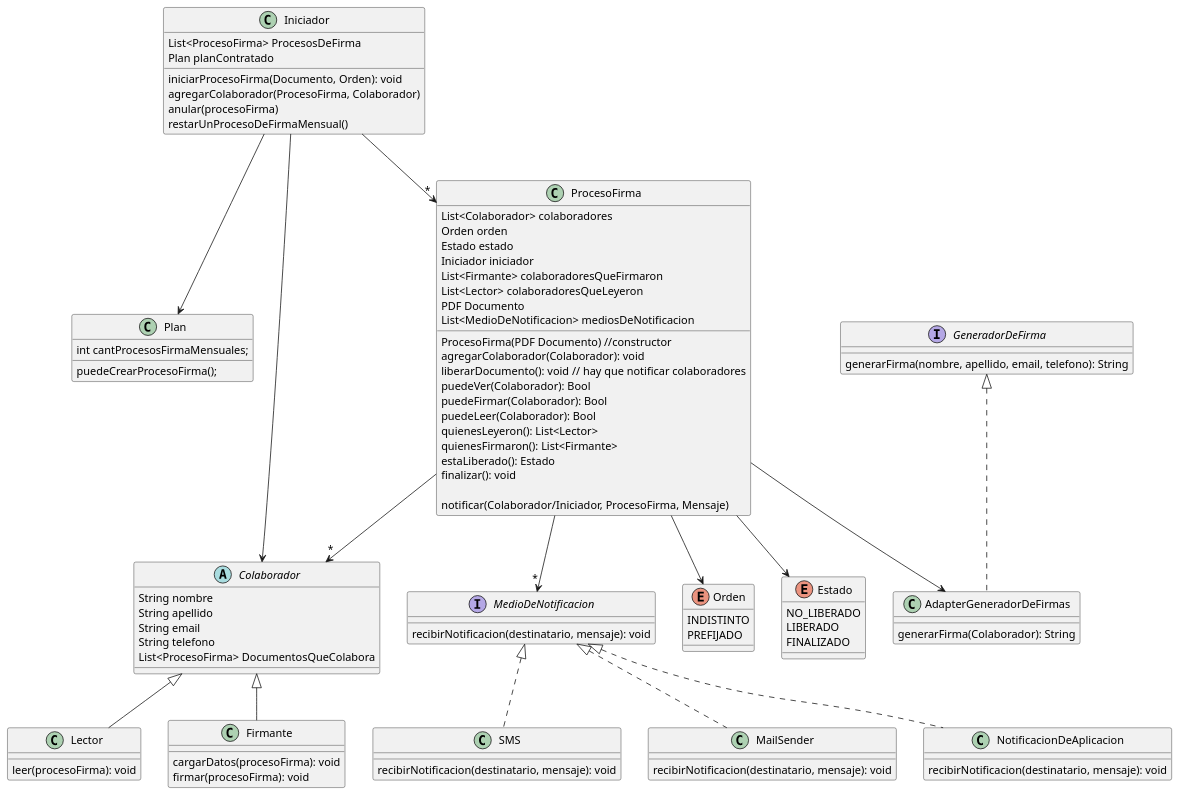
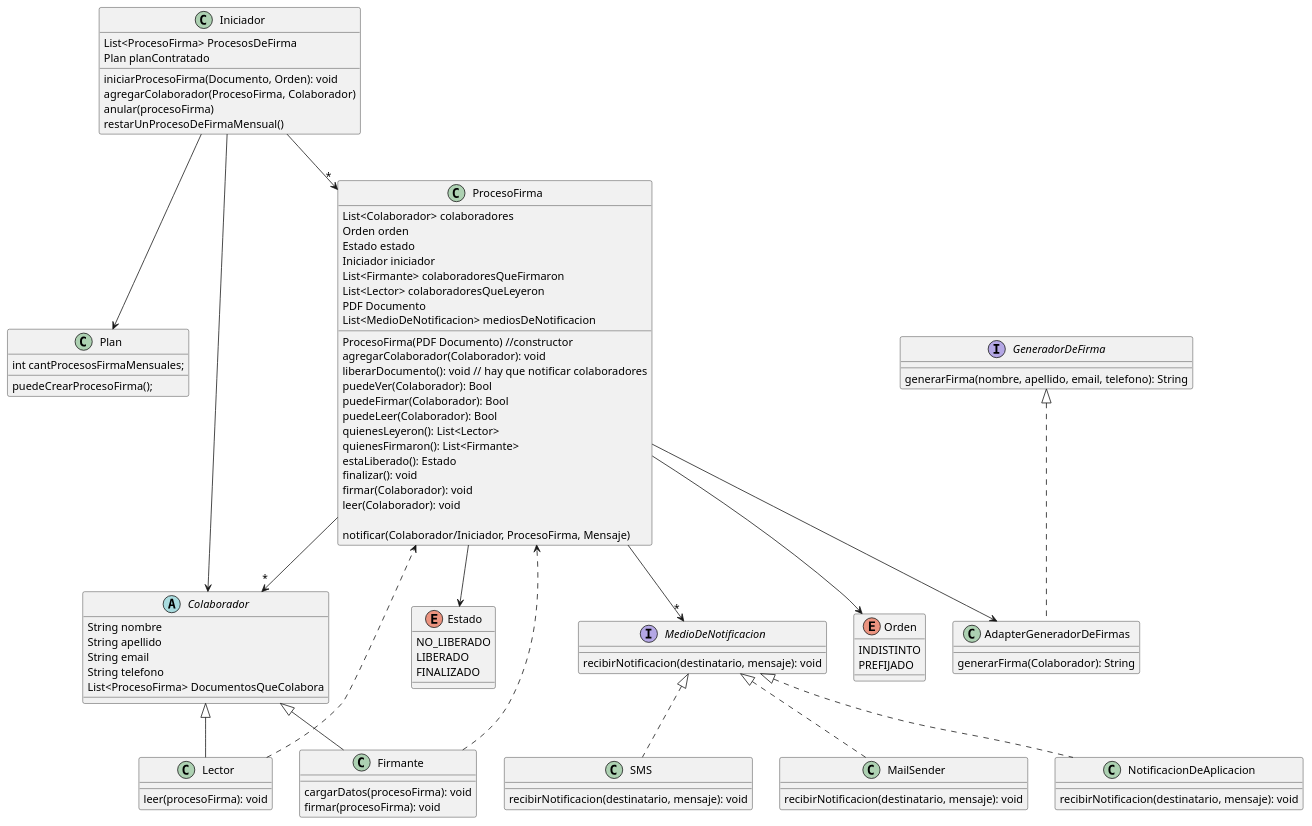
Before and after one commit to NicolasOcchi/DDS-1ros-Parciales: the diagram in src/main/java/Firmadocs/Firmadocs_diagrama_nuevo.puml, drawn with PlantUML. The commit also changed 1 other file, not shown here.

```diff
--- a/src/main/java/Firmadocs/Firmadocs_diagrama_nuevo.puml
+++ b/src/main/java/Firmadocs/Firmadocs_diagrama_nuevo.puml
@@ -1,108 +1,113 @@
 @startuml
 'https://plantuml.com/class-diagram
 
 class Iniciador{
     List<ProcesoFirma> ProcesosDeFirma
     Plan planContratado
     iniciarProcesoFirma(Documento, Orden): void
     agregarColaborador(ProcesoFirma, Colaborador)
     anular(procesoFirma)
     restarUnProcesoDeFirmaMensual()
 }
 
 Iniciador -->"*" ProcesoFirma
 Iniciador --> Plan
 Iniciador --> Colaborador
 
 ' Planes: Plata, bronce, oro. para cada uno se hará
 ' una instancia del objeto/class Plan
 class Plan{
     int cantProcesosFirmaMensuales;
     puedeCrearProcesoFirma();
 }
 
 
 class ProcesoFirma{
     List<Colaborador> colaboradores
     Orden orden
     Estado estado
     Iniciador iniciador
     List<Firmante> colaboradoresQueFirmaron
     List<Lector> colaboradoresQueLeyeron
     PDF Documento
     List<MedioDeNotificacion> mediosDeNotificacion
 
     ProcesoFirma(PDF Documento) //constructor
     agregarColaborador(Colaborador): void
     liberarDocumento(): void // hay que notificar colaboradores
     puedeVer(Colaborador): Bool
     puedeFirmar(Colaborador): Bool
     puedeLeer(Colaborador): Bool
     quienesLeyeron(): List<Lector>
     quienesFirmaron(): List<Firmante>
     estaLiberado(): Estado
     finalizar(): void
+    firmar(Colaborador): void
+    leer(Colaborador): void
 
     notificar(Colaborador/Iniciador, ProcesoFirma, Mensaje)
 }
 
 ProcesoFirma --> Orden
 ProcesoFirma --> Estado
 ProcesoFirma -->"*" Colaborador
 ProcesoFirma --> AdapterGeneradorDeFirmas
 
 interface GeneradorDeFirma{
     generarFirma(nombre, apellido, email, telefono): String
 }
 
 class AdapterGeneradorDeFirmas implements GeneradorDeFirma{
     generarFirma(Colaborador): String
 }
 
 enum Orden{
     INDISTINTO
     PREFIJADO
 }
 
 enum Estado{
     NO_LIBERADO
     LIBERADO
     FINALIZADO
 }
+
+Firmante ..> ProcesoFirma
+Lector ..> ProcesoFirma
 
 abstract Colaborador{
     String nombre
     String apellido
     String email
     String telefono
     List<ProcesoFirma> DocumentosQueColabora
 }
 
 class Firmante extends Colaborador{
     cargarDatos(procesoFirma): void
     firmar(procesoFirma): void
 }
 
 class Lector extends Colaborador{
     leer(procesoFirma): void
 }
 
 ProcesoFirma -->"*" MedioDeNotificacion
 
 interface MedioDeNotificacion{
     recibirNotificacion(destinatario, mensaje): void
 }
 
 class MailSender implements MedioDeNotificacion{
     recibirNotificacion(destinatario, mensaje): void
 }
 
 class NotificacionDeAplicacion implements MedioDeNotificacion{
     recibirNotificacion(destinatario, mensaje): void
 }
 
 class SMS implements MedioDeNotificacion{
     recibirNotificacion(destinatario, mensaje): void
 }
 
 @enduml
```
